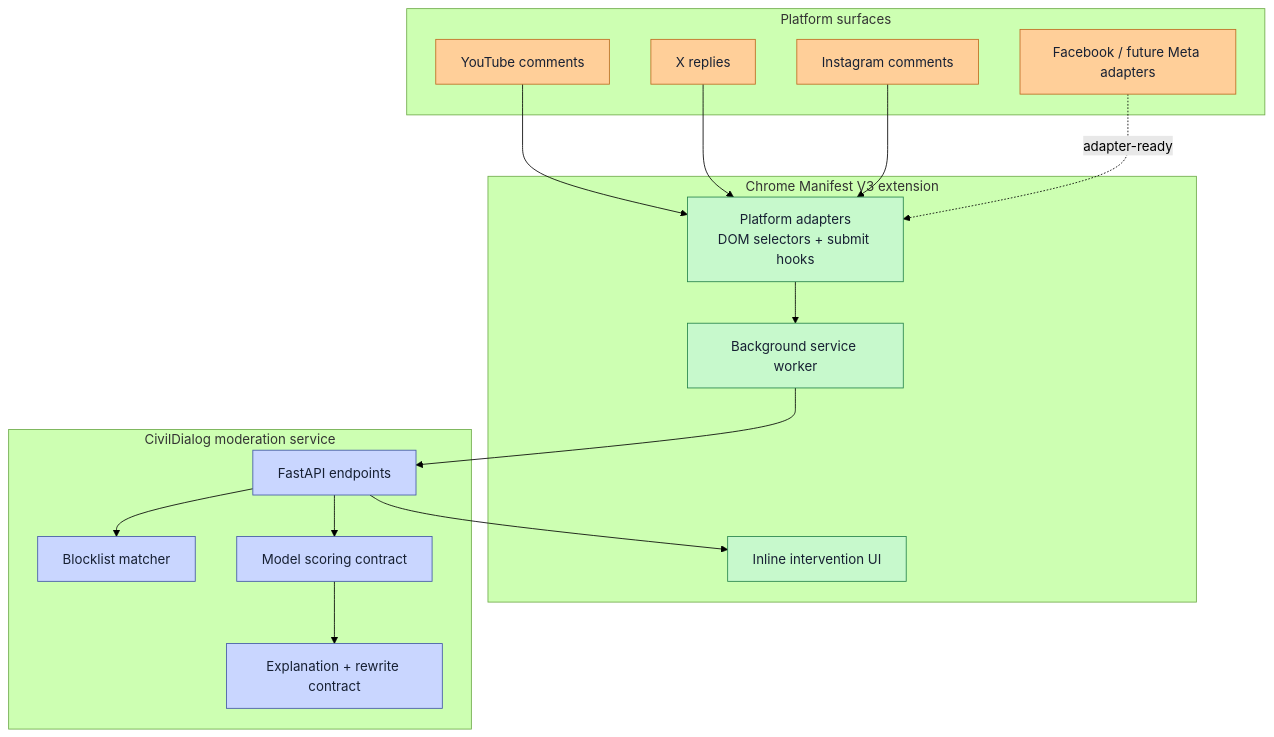
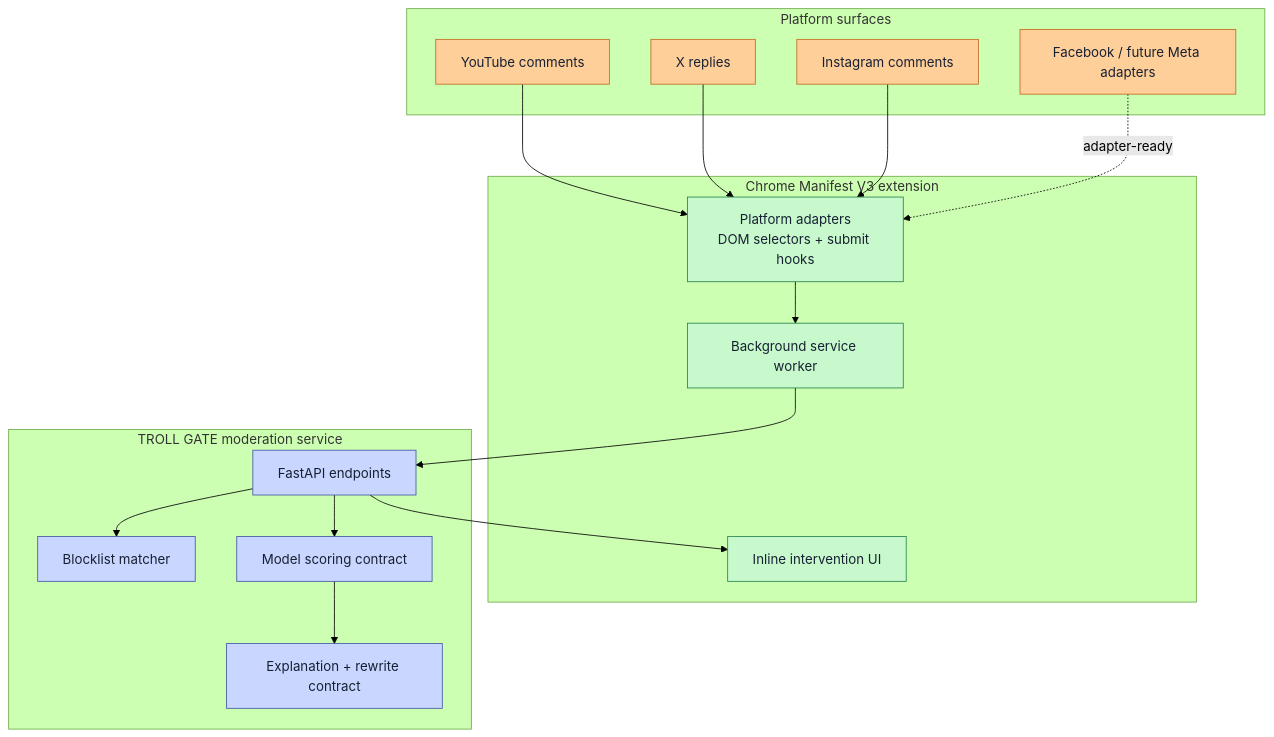
The second of 2 diagrams in README.md (debayanCODES-1/Troll-Detector), drawn with Mermaid (forest theme) before and after one commit. The commit also changed other lines of this file and 10 other files, not shown here.

Commit message:
Rename project to TROLL GATE

````diff
--- a/README.md
+++ b/README.md
@@ -45,39 +45,39 @@
 ```mermaid
 flowchart TB
 	subgraph SURFACES[Platform surfaces]
 		YT[YouTube comments]
 		X[X replies]
 		IG[Instagram comments]
 		META[Facebook / future Meta adapters]
 	end
 
 	subgraph EXT[Chrome Manifest V3 extension]
 		ADAPTER[Platform adapters\nDOM selectors + submit hooks]
 		UI[Inline intervention UI]
 		WORKER[Background service worker]
 	end
 
-	subgraph CORE[CivilDialog moderation service]
+	subgraph CORE[TROLL GATE moderation service]
 		ROUTER[FastAPI endpoints]
 		FILTER[Blocklist matcher]
 		SCORE[Model scoring contract]
 		EXPLAIN[Explanation + rewrite contract]
 	end
 
 	YT --> ADAPTER
 	X --> ADAPTER
 	IG --> ADAPTER
 	META -. adapter-ready .-> ADAPTER
 	ADAPTER --> WORKER --> ROUTER
 	ROUTER --> FILTER
 	ROUTER --> SCORE
 	SCORE --> EXPLAIN
 	ROUTER --> UI
 
 	classDef surface fill:#FFCF99,stroke:#BE6B21,color:#172033
 	classDef extension fill:#C7F9CC,stroke:#26834B,color:#172033
 	classDef core fill:#C9D6FF,stroke:#4257A6,color:#172033
 	class YT,X,IG,META surface
 	class ADAPTER,UI,WORKER extension
 	class ROUTER,FILTER,SCORE,EXPLAIN core
 ```
````
